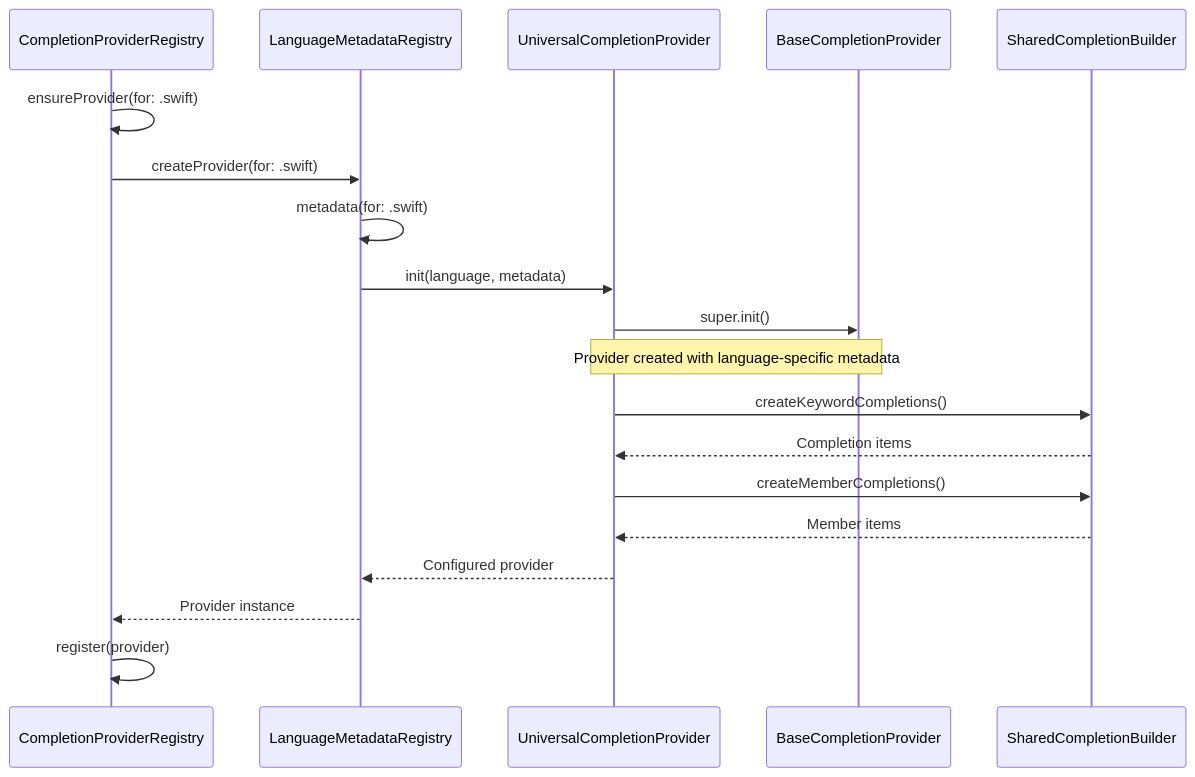
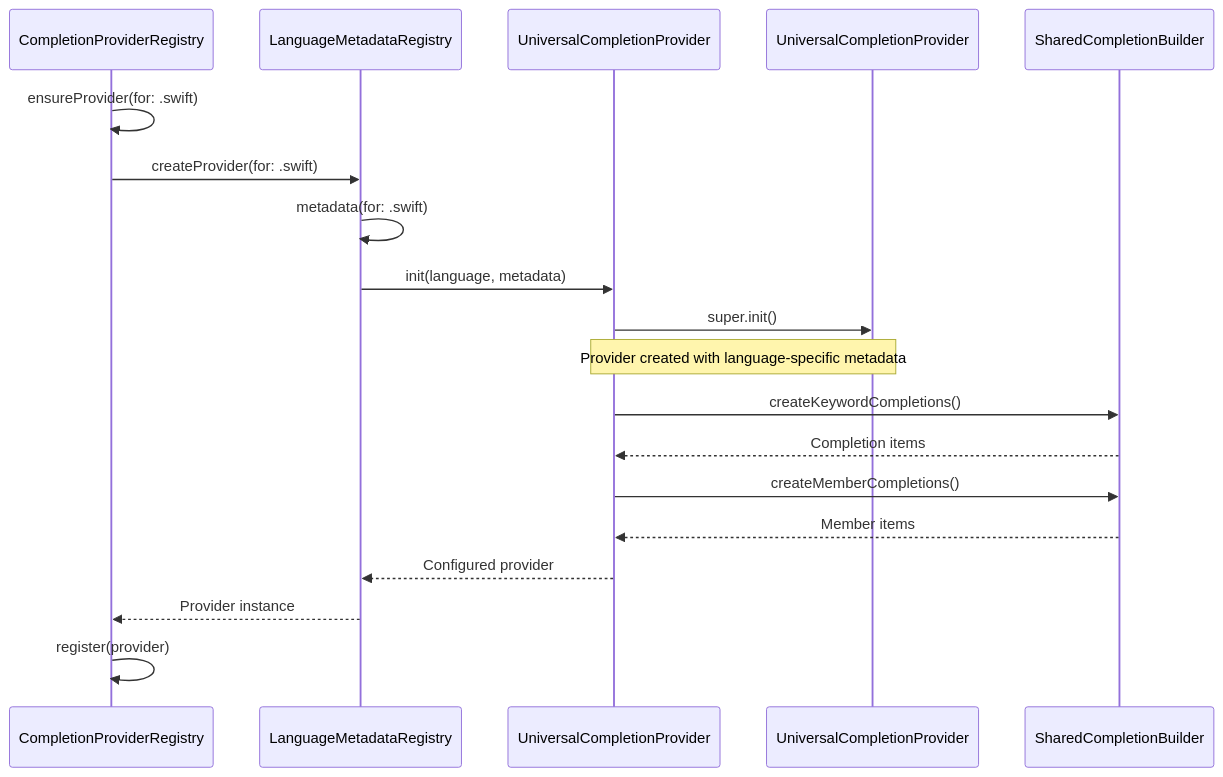
The fourth of 4 diagrams in docs/Diagrams/07-completion-system-architecture.md (ajmcclary/CodeEditorKit), drawn with Mermaid before and after one commit. The commit also changed other lines of this file and 200 other files, not shown here.

````diff
--- a/docs/Diagrams/07-completion-system-architecture.md
+++ b/docs/Diagrams/07-completion-system-architecture.md
@@ -514,25 +514,25 @@
 ```mermaid
 sequenceDiagram
     participant Registry as CompletionProviderRegistry
     participant Metadata as LanguageMetadataRegistry
     participant Universal as UniversalCompletionProvider
-    participant BaseProvider as BaseCompletionProvider
+    participant BaseProvider as UniversalCompletionProvider
     participant Builder as SharedCompletionBuilder
     
     Registry->>Registry: ensureProvider(for: .swift)
     Registry->>Metadata: createProvider(for: .swift)
     Metadata->>Metadata: metadata(for: .swift)
     Metadata->>Universal: init(language, metadata)
     Universal->>BaseProvider: super.init()
     
     Note over Universal,BaseProvider: Provider created with language-specific metadata
     
     Universal->>Builder: createKeywordCompletions()
     Builder-->>Universal: Completion items
     Universal->>Builder: createMemberCompletions()
     Builder-->>Universal: Member items
     
     Universal-->>Metadata: Configured provider
     Metadata-->>Registry: Provider instance
     Registry->>Registry: register(provider)
 ```
````
